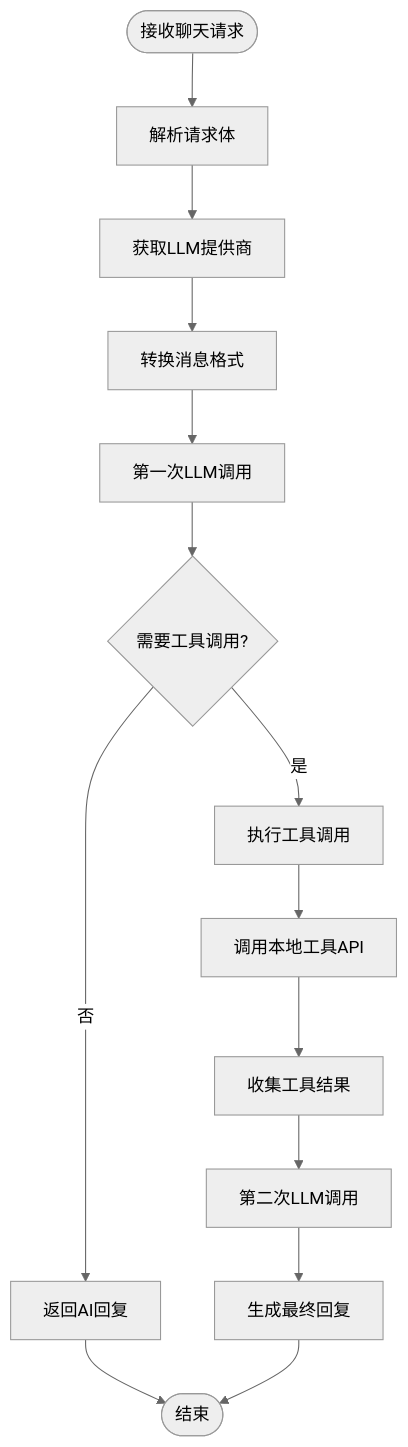
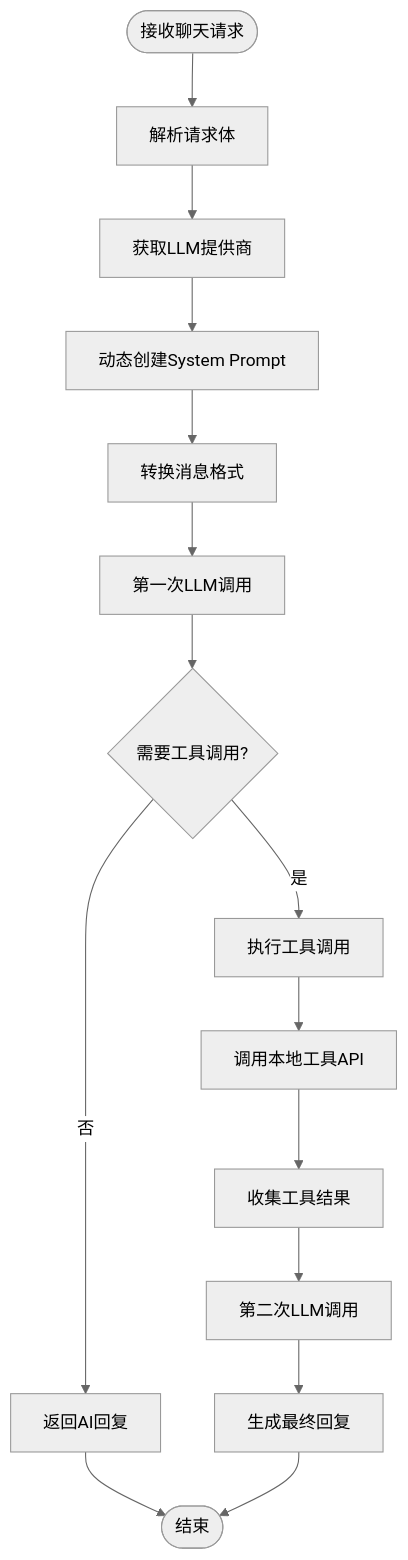
Diagram 13 of 26 in .qoder/repowiki/zh/content/项目概述/整体架构概览/Web应用程序/Web应用程序.md (CryptoLinxu/Web3-AI-Agent), drawn with Mermaid (neutral theme) before and after one commit. The commit also changed other lines of this file and 11 other files, not shown here.

````diff
--- a/.qoder/repowiki/zh/content/项目概述/整体架构概览/Web应用程序/Web应用程序.md
+++ b/.qoder/repowiki/zh/content/项目概述/整体架构概览/Web应用程序/Web应用程序.md
@@ -479,16 +493,17 @@
 ```mermaid
 flowchart TD
 Start([接收聊天请求]) --> ParseBody["解析请求体"]
 ParseBody --> GetProvider["获取LLM提供商"]
-GetProvider --> ConvertMessages["转换消息格式"]
+GetProvider --> CreatePrompt["动态创建System Prompt"]
+CreatePrompt --> ConvertMessages["转换消息格式"]
 ConvertMessages --> FirstCall["第一次LLM调用"]
 FirstCall --> NeedTools{"需要工具调用?"}
 NeedTools --> |否| ReturnReply["返回AI回复"]
 NeedTools --> |是| ExecuteTools["执行工具调用"]
 ExecuteTools --> CallLocalTools["调用本地工具API"]
 CallLocalTools --> CollectResults["收集工具结果"]
 CollectResults --> SecondCall["第二次LLM调用"]
 SecondCall --> FinalReply["生成最终回复"]
 ReturnReply --> End([结束])
 FinalReply --> End
 ```
````
